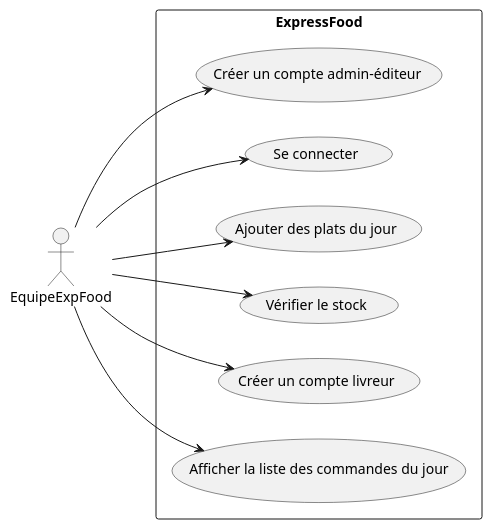
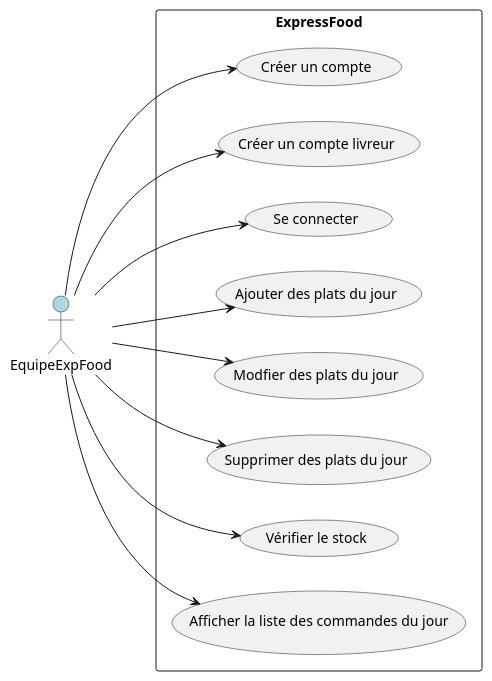
One commit to laurasullyalexandrine/expressfood changed the diagram in UseCase/EquipeExpFood.puml. Above: the diagram before and after it, drawn with PlantUML. The commit also changed 6 other files, not shown here.

Commit message:
change name Admin to SuperAdmin and change actions all usecase

```diff
--- a/UseCase/EquipeExpFood.puml
+++ b/UseCase/EquipeExpFood.puml
@@ -2,25 +2,29 @@
 @startuml EquipeExpFood
 
 left to right direction
 
-actor "EquipeExpFood" as EquipeExpFood
+actor "EquipeExpFood" as EquipeExpFood #LightBlue
 
 rectangle ExpressFood {
-  usecase "Créer un compte admin-éditeur" as UC1
+  usecase "Créer un compte" as UC1
+  usecase "Créer un compte livreur" as UC7
   usecase "Se connecter" as UC2
   usecase "Ajouter des plats du jour" as UC3
-  usecase "Vérifier le stock" as UC4
-  usecase "Créer un compte livreur" as UC5
-  usecase "Afficher la liste des commandes du jour" as UC6
+  usecase "Modfier des plats du jour" as UC4
+  usecase "Supprimer des plats du jour" as UC5
+  usecase "Vérifier le stock" as UC6
+  usecase "Afficher la liste des commandes du jour" as UC8
 }
 
 EquipeExpFood --> UC1
 EquipeExpFood --> UC2
 EquipeExpFood --> UC3
 EquipeExpFood --> UC4
 EquipeExpFood --> UC5
 EquipeExpFood --> UC6
+EquipeExpFood --> UC7
+EquipeExpFood --> UC8
 
 
 
 @enduml
```
